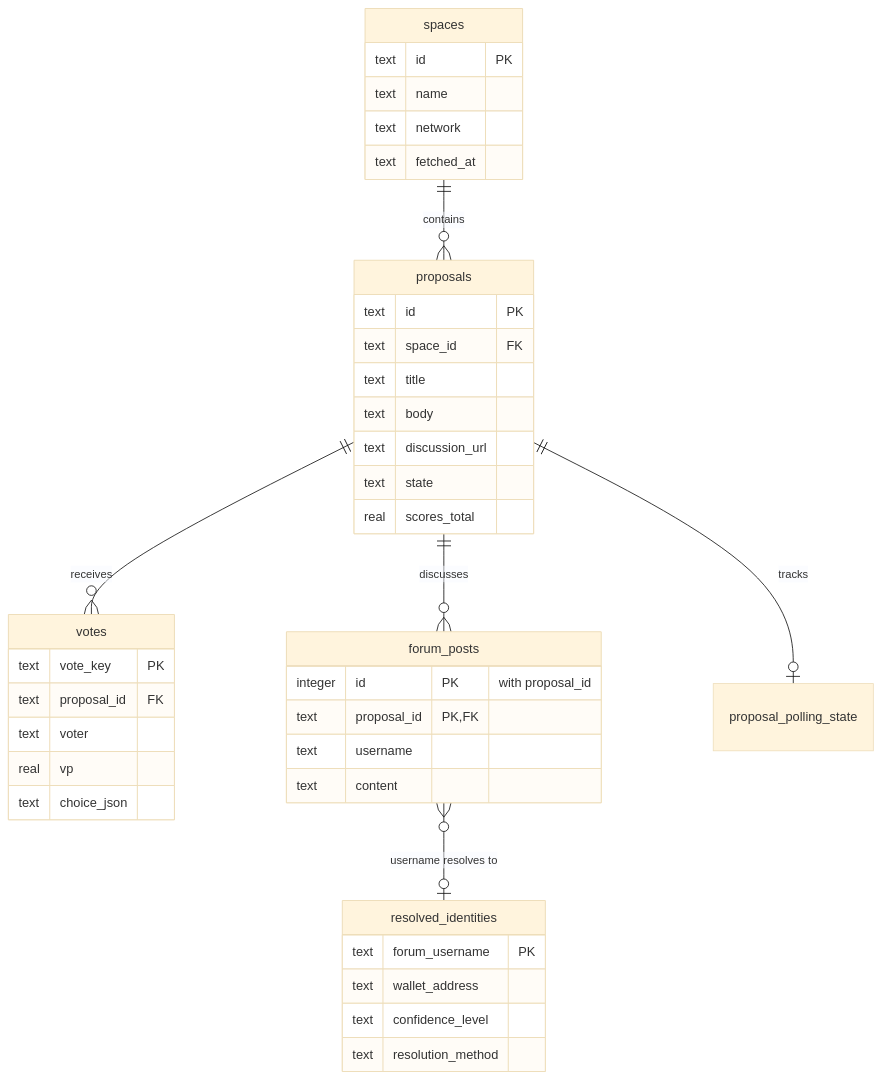
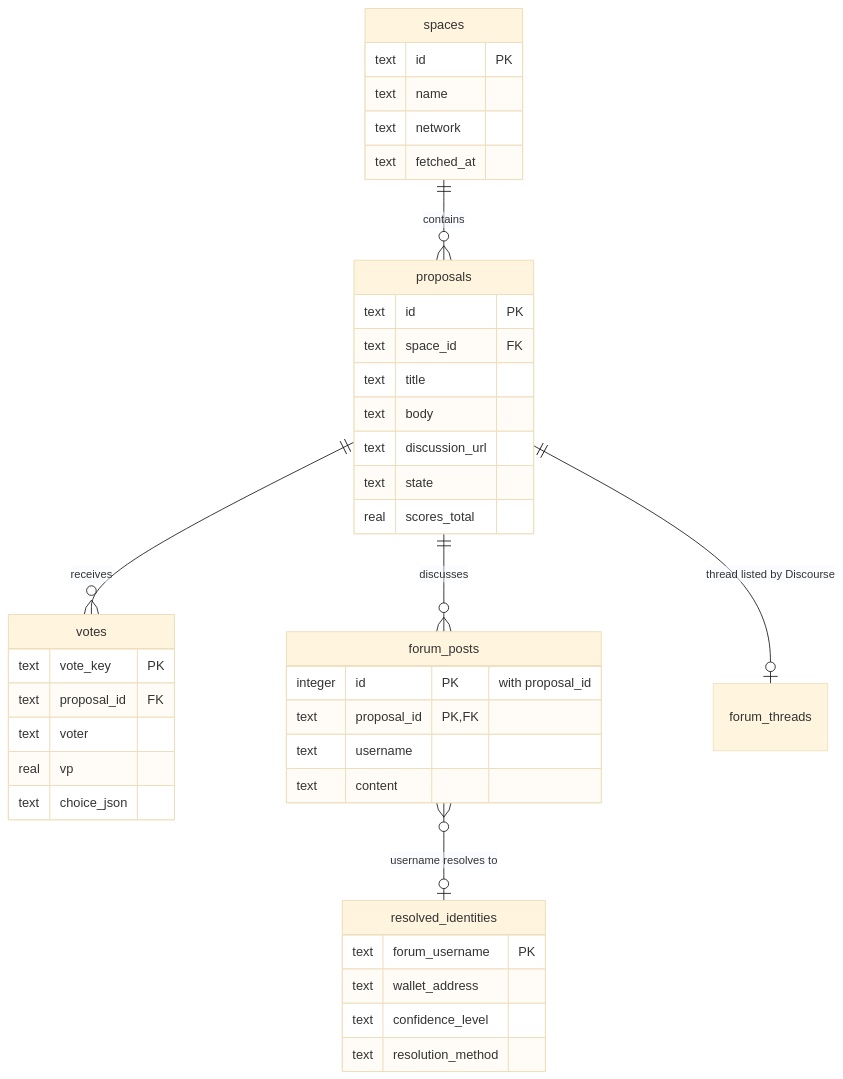
The third of 6 diagrams in DATA_FLOW.md (Rakshitgoyal770/DOA-BACKEND), drawn with Mermaid (base theme) before and after one commit. The commit also changed other lines of this file and 47 other files, not shown here.

````diff
--- a/DATA_FLOW.md
+++ b/DATA_FLOW.md
@@ -142,43 +148,43 @@
 ```mermaid
 erDiagram
     spaces ||--o{ proposals : contains
     proposals ||--o{ votes : receives
     proposals ||--o{ forum_posts : discusses
     forum_posts }o--o| resolved_identities : "username resolves to"
-    proposals ||--o| proposal_polling_state : tracks
+    proposals ||--o| forum_threads : "thread listed by Discourse"
 
     spaces {
         text id PK
         text name
         text network
         text fetched_at
     }
     proposals {
         text id PK
         text space_id FK
         text title
         text body
         text discussion_url
         text state
         real scores_total
     }
     votes {
         text vote_key PK
         text proposal_id FK
         text voter
         real vp
         text choice_json
     }
     forum_posts {
         integer id PK "with proposal_id"
         text proposal_id PK,FK
         text username
         text content
     }
     resolved_identities {
         text forum_username PK
         text wallet_address
         text confidence_level
         text resolution_method
     }
 ```
````
